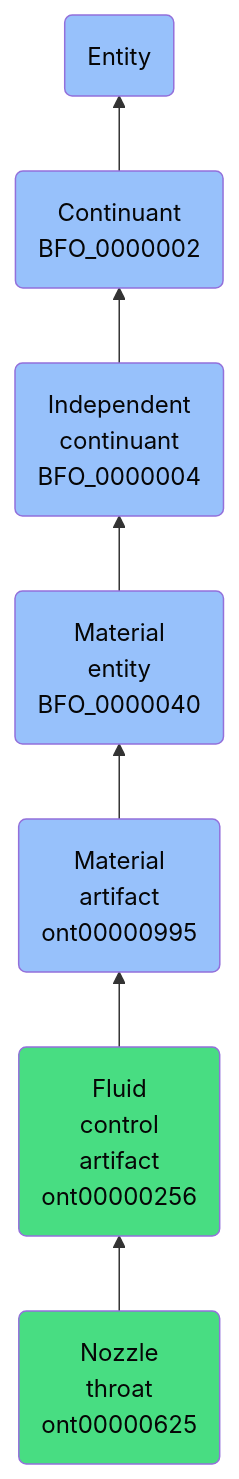
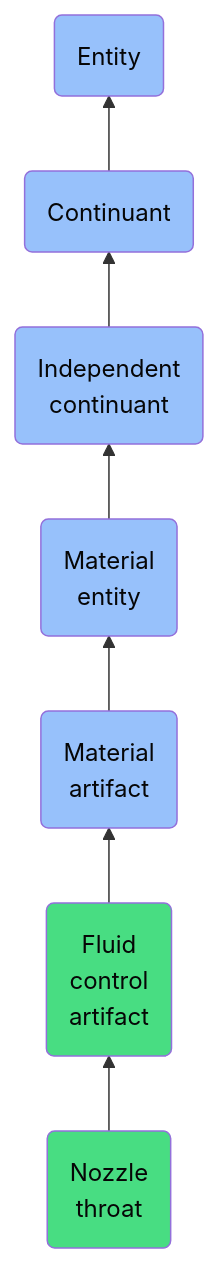
Before and after one commit to jupyter-naas/abi: the diagram in docs/ontology/reference/model/Entity/Continuant/Independent continuant/Material entity/Material artifact/Fluid control artifact/Nozzle throat/Nozzle throat.md, drawn with Mermaid. The commit also changed other lines of this file and 1430 other files, not shown here.

````diff
--- a/docs/ontology/reference/model/Entity/Continuant/Independent continuant/Material entity/Material artifact/Fluid control artifact/Nozzle throat/Nozzle throat.md
+++ b/docs/ontology/reference/model/Entity/Continuant/Independent continuant/Material entity/Material artifact/Fluid control artifact/Nozzle throat/Nozzle throat.md
@@ -24,14 +24,14 @@
 ```mermaid
 graph BT
-    ont00000625(Nozzle<br>throat<br>ont00000625):::ABI-->ont00000256
-    ont00000256(Fluid<br>control<br>artifact<br>ont00000256):::ABI-->ont00000995
-    ont00000995(Material<br>artifact<br>ont00000995):::BFO-->BFO_0000040
-    BFO_0000040(Material<br>entity<br>BFO_0000040):::BFO-->BFO_0000004
-    BFO_0000004(Independent<br>continuant<br>BFO_0000004):::BFO-->BFO_0000002
-    BFO_0000002(Continuant<br>BFO_0000002):::BFO-->BFO_0000001
+    ont00000625(Nozzle<br>throat):::ABI-->ont00000256
+    ont00000256(Fluid<br>control<br>artifact):::ABI-->ont00000995
+    ont00000995(Material<br>artifact):::BFO-->BFO_0000040
+    BFO_0000040(Material<br>entity):::BFO-->BFO_0000004
+    BFO_0000004(Independent<br>continuant):::BFO-->BFO_0000002
+    BFO_0000002(Continuant):::BFO-->BFO_0000001
     BFO_0000001(Entity):::BFO
     
     classDef BFO fill:#97c1fb,color:#060606
     classDef CCO fill:#e4c51e,color:#060606
     classDef ABI fill:#48DD82,color:#060606
 ```
````
